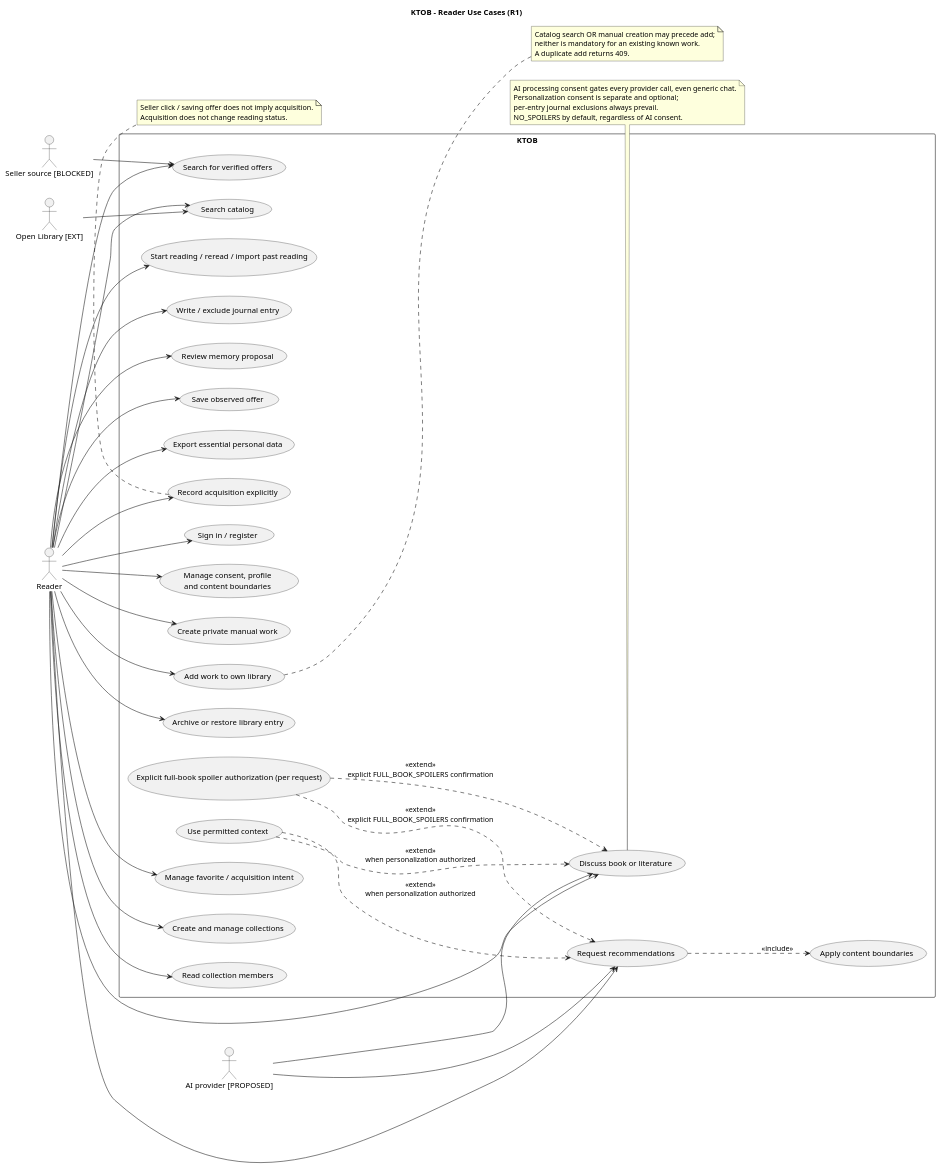
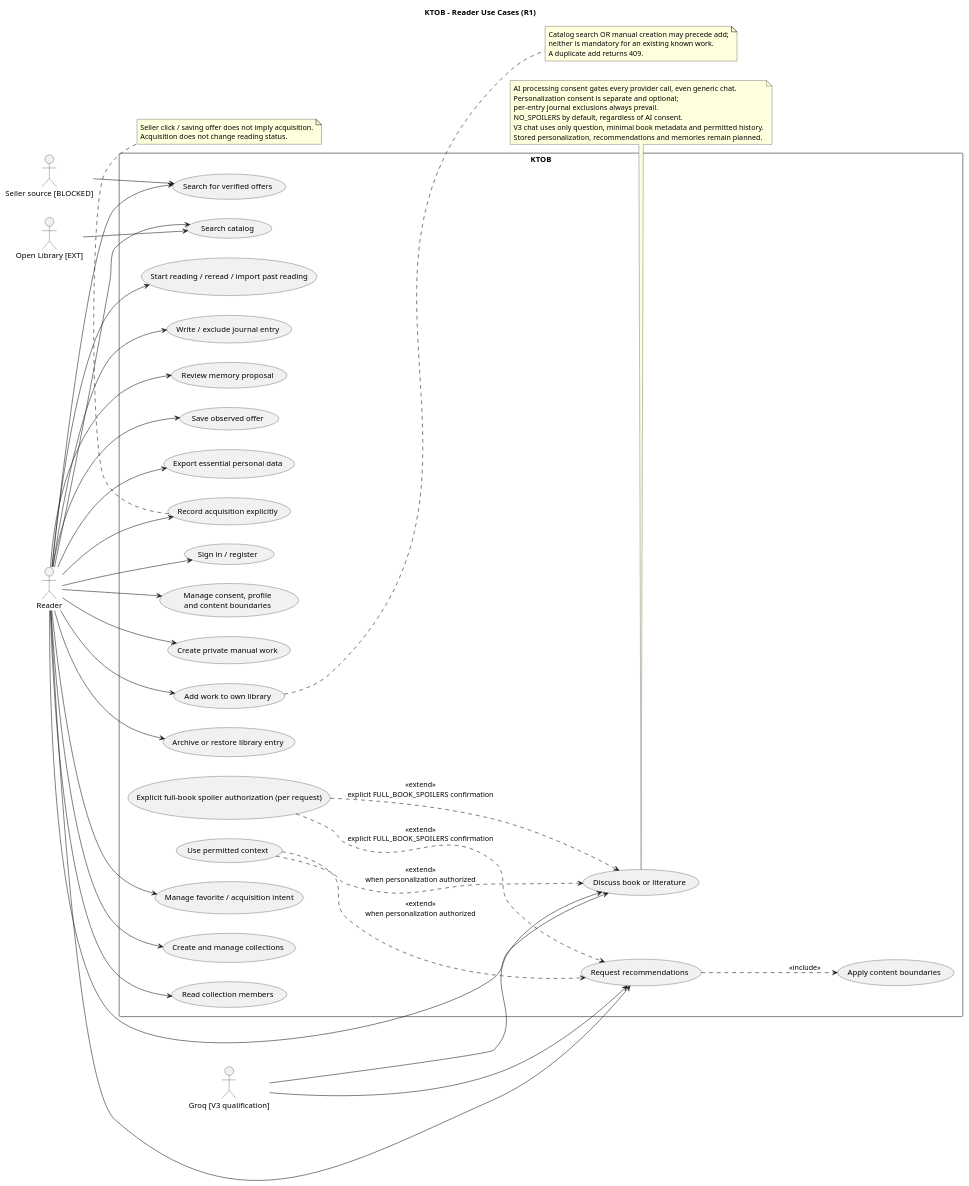
Before and after one commit to Adam-BArbia/ktob-literary-companion: the diagram in docs/uml/01-use-cases.puml, drawn with PlantUML. The commit also changed 53 other files, not shown here.

```diff
--- a/docs/uml/01-use-cases.puml
+++ b/docs/uml/01-use-cases.puml
@@ -1,74 +1,76 @@
 @startuml KTOB_01_use_cases
 title KTOB - Reader Use Cases (R1)
 left to right direction
 skinparam packageStyle rectangle
 actor Reader
 actor "Open Library [EXT]" as Catalog
-actor "AI provider [PROPOSED]" as AI
+actor "Groq [V3 qualification]" as AI
 actor "Seller source [BLOCKED]" as Seller
 rectangle "KTOB" {
  usecase "Sign in / register" as UAuth
  usecase "Manage consent, profile\nand content boundaries" as UPrivacy
  usecase "Search catalog" as USearch
  usecase "Create private manual work" as UManual
  usecase "Add work to own library" as UAdd
  usecase "Archive or restore library entry" as UArchive
  usecase "Manage favorite / acquisition intent" as UFavorite
  usecase "Create and manage collections" as UCollect
  usecase "Read collection members" as UMembers
  usecase "Start reading / reread / import past reading" as URead
  usecase "Write / exclude journal entry" as UJournal
  usecase "Discuss book or literature" as UChat
  usecase "Review memory proposal" as UMemory
  usecase "Explicit full-book spoiler authorization (per request)" as USpoiler
  usecase "Request recommendations" as URecommend
  usecase "Use permitted context" as UContext
  usecase "Apply content boundaries" as UBoundary
  usecase "Search for verified offers" as UFind
  usecase "Save observed offer" as USave
  usecase "Record acquisition explicitly" as UAcquire
  usecase "Export essential personal data" as UExport
 }
 Reader --> UAuth
 Reader --> UPrivacy
 Reader --> USearch
 Reader --> UManual
 Reader --> UAdd
 Reader --> UArchive
 Reader --> UFavorite
 Reader --> UCollect
 Reader --> UMembers
 Reader --> URead
 Reader --> UJournal
 Reader --> UChat
 Reader --> UMemory
 Reader --> URecommend
 Reader --> UFind
 Reader --> USave
 Reader --> UAcquire
 Reader --> UExport
 UContext ..> URecommend : <<extend>>\nwhen personalization authorized
 UContext ..> UChat : <<extend>>\nwhen personalization authorized
 USpoiler ..> UChat : <<extend>>\nexplicit FULL_BOOK_SPOILERS confirmation
 USpoiler ..> URecommend : <<extend>>\nexplicit FULL_BOOK_SPOILERS confirmation
 URecommend ..> UBoundary : <<include>>
 Catalog --> USearch
 AI --> UChat
 AI --> URecommend
 Seller --> UFind
 note right of UAdd
 Catalog search OR manual creation may precede add;
 neither is mandatory for an existing known work.
 A duplicate add returns 409.
 end note
 note bottom of UChat
 AI processing consent gates every provider call, even generic chat.
 Personalization consent is separate and optional;
 per-entry journal exclusions always prevail.
 NO_SPOILERS by default, regardless of AI consent.
+V3 chat uses only question, minimal book metadata and permitted history.
+Stored personalization, recommendations and memories remain planned.
 end note
 note bottom of UAcquire
 Seller click / saving offer does not imply acquisition.
 Acquisition does not change reading status.
 end note
 @enduml
```
